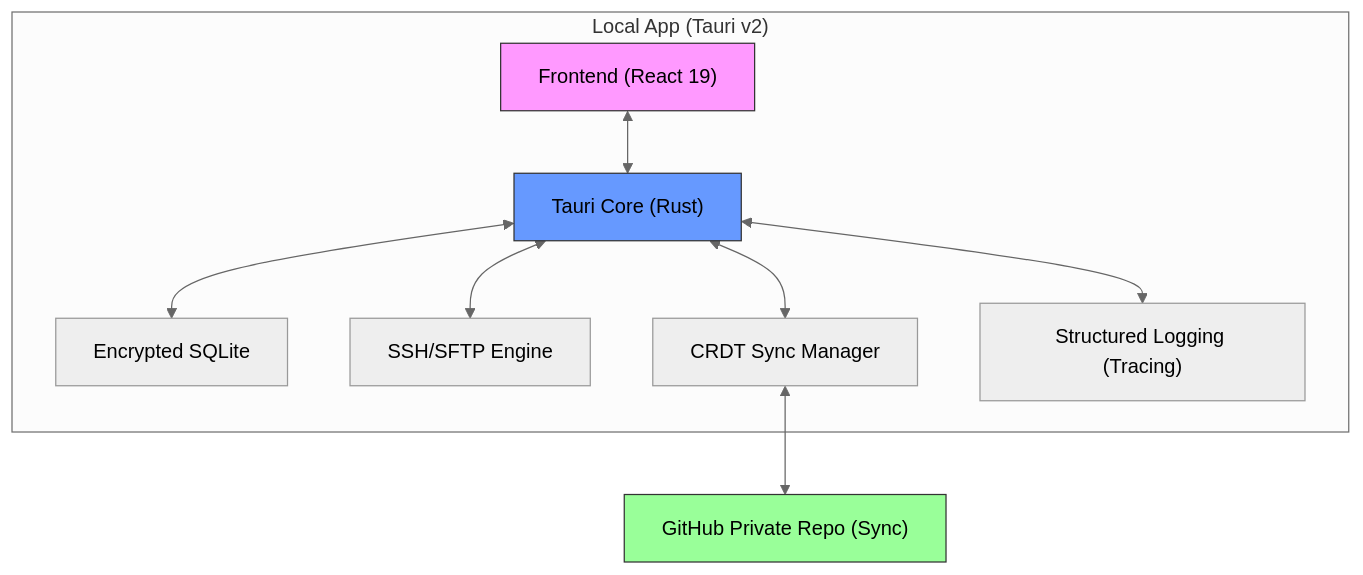
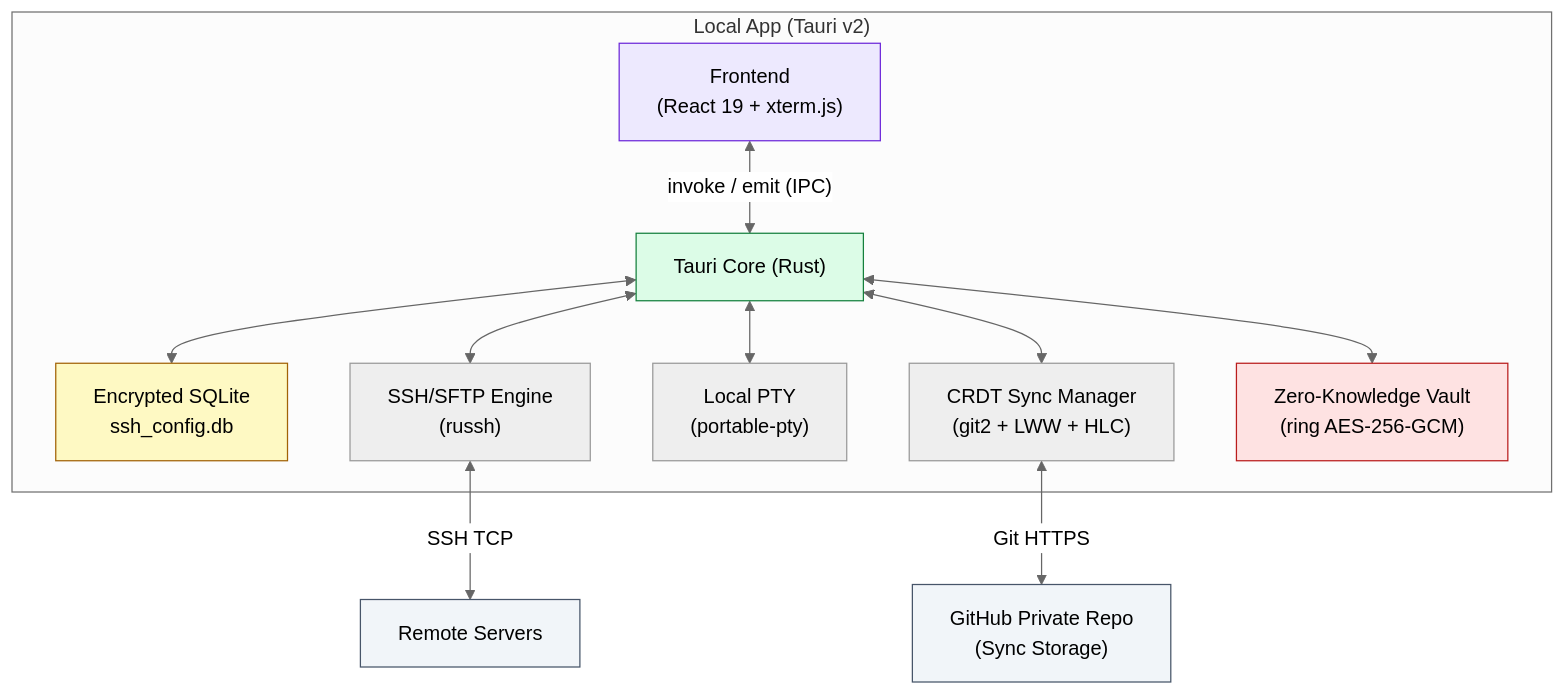
One commit to marcos2872/SSH_Orchestrator changed the diagram in README.md. Above: the diagram before and after it, drawn with Mermaid (neutral theme). The commit also changed other lines of this file and 41 other files, not shown here.

````diff
--- a/README.md
+++ b/README.md
@@ -40,15 +43,28 @@
 ```mermaid
 graph TD
     subgraph "Local App (Tauri v2)"
-        FE["Frontend (React 19)"] <--> TC["Tauri Core (Rust)"]
-        TC <--> DB["Encrypted SQLite"]
-        TC <--> SSH["SSH/SFTP Engine"]
-        TC <--> CRDT["CRDT Sync Manager"]
-        TC <--> LOGS["Structured Logging (Tracing)"]
+        FE["Frontend\n(React 19 + xterm.js)"]
+        TC["Tauri Core (Rust)"]
+        DB["Encrypted SQLite\nssh_config.db"]
+        SSH["SSH/SFTP Engine\n(russh)"]
+        PTY["Local PTY\n(portable-pty)"]
+        CRDT["CRDT Sync Manager\n(git2 + LWW + HLC)"]
+        VAULT["Zero-Knowledge Vault\n(ring AES-256-GCM)"]
     end
-    CRDT <--> GH["GitHub Private Repo (Sync)"]
 
-    style FE fill:#f9f,stroke:#333
-    style TC fill:#69f,stroke:#333
-    style GH fill:#9f9,stroke:#333
+    FE <-->|"invoke / emit (IPC)"| TC
+    TC <--> DB
+    TC <--> SSH
+    TC <--> PTY
+    TC <--> VAULT
+    TC <--> CRDT
+    CRDT <-->|"Git HTTPS"| GH["GitHub Private Repo\n(Sync Storage)"]
+    SSH <-->|"SSH TCP"| SRV["Remote Servers"]
+
+    style FE fill:#ede9fe,stroke:#6d28d9
+    style TC fill:#dcfce7,stroke:#15803d
+    style GH fill:#f1f5f9,stroke:#475569
+    style SRV fill:#f1f5f9,stroke:#475569
+    style DB fill:#fef9c3,stroke:#a16207
+    style VAULT fill:#fee2e2,stroke:#b91c1c
 ```
````
